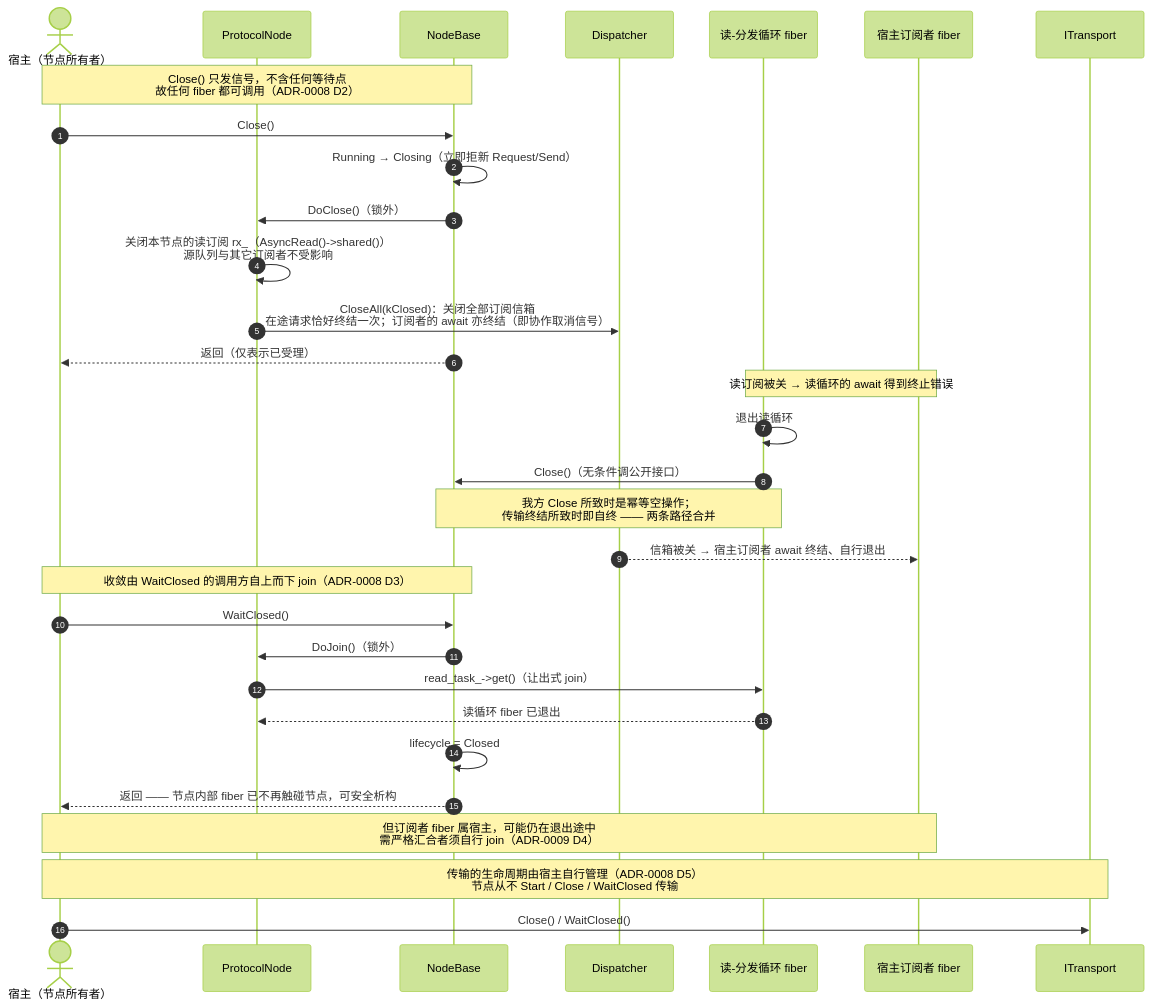
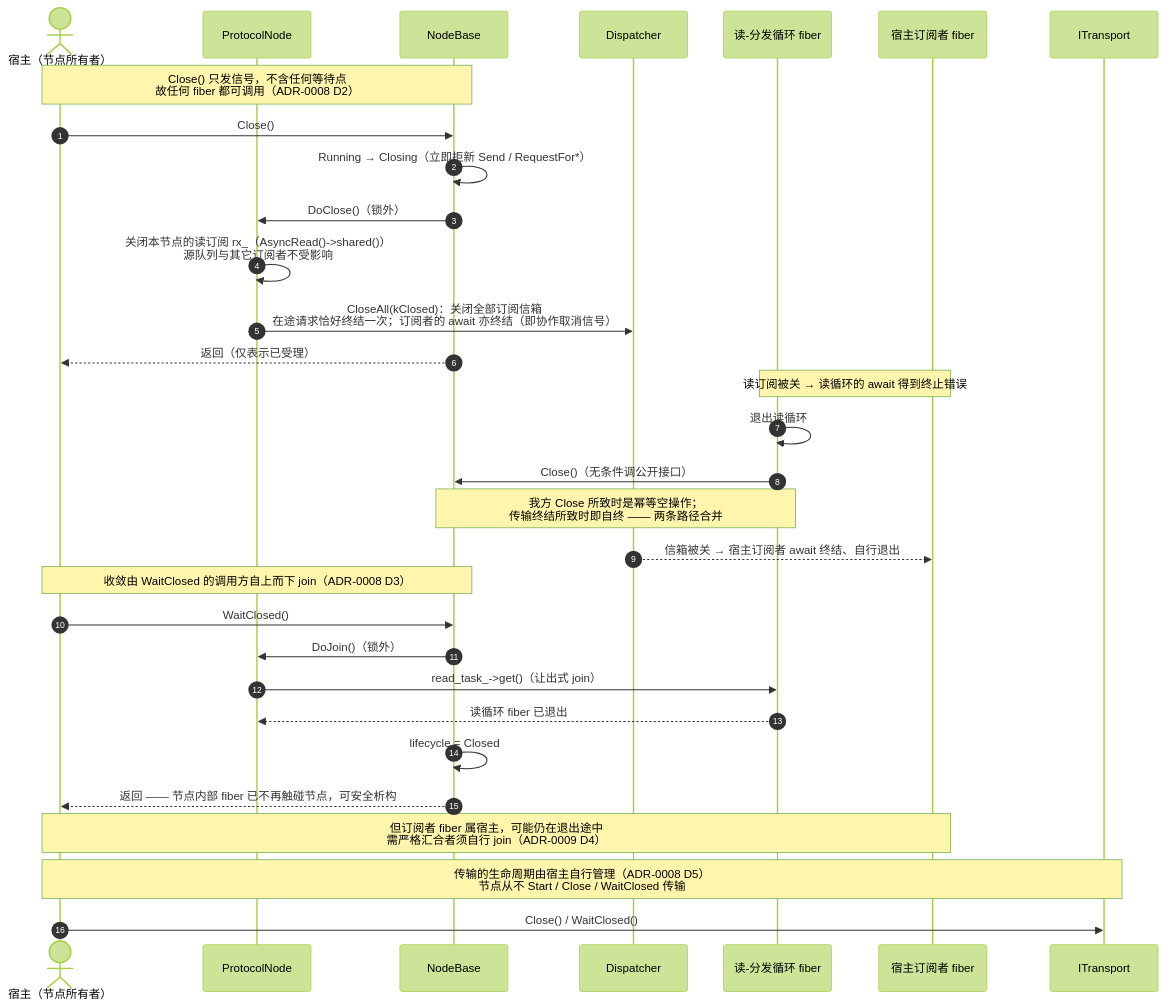
The diagram in docs/diagrams/seq-close.mmd (Ste7an-cs/Transport), drawn with Mermaid (forest theme) before and after one commit. The commit also changed 18 other files, not shown here.

First line of the commit message:
docs(sdd): 全量复核余下九张图,修正八张的过时描述并补编译面标注

```diff
--- a/docs/diagrams/seq-close.mmd
+++ b/docs/diagrams/seq-close.mmd
@@ -1,35 +1,35 @@
 sequenceDiagram
     autonumber
     actor X as 宿主（节点所有者）
     participant N as ProtocolNode
     participant B as NodeBase
     participant D as Dispatcher
     participant RL as 读-分发循环 fiber
     participant SUB as 宿主订阅者 fiber
     participant T as ITransport
 
     Note over X,B: Close() 只发信号，不含任何等待点<br/>故任何 fiber 都可调用（ADR-0008 D2）
     X->>B: Close()
-    B->>B: Running → Closing（立即拒新 Request/Send）
+    B->>B: Running → Closing（立即拒新 Send / RequestFor*）
     B->>N: DoClose()（锁外）
     N->>N: 关闭本节点的读订阅 rx_（AsyncRead()->shared()）<br/>源队列与其它订阅者不受影响
     N->>D: CloseAll(kClosed)：关闭全部订阅信箱<br/>在途请求恰好终结一次；订阅者的 await 亦终结（即协作取消信号）
     B-->>X: 返回（仅表示已受理）
 
     Note over RL,SUB: 读订阅被关 → 读循环的 await 得到终止错误
     RL->>RL: 退出读循环
     RL->>B: Close()（无条件调公开接口）
     Note over RL,B: 我方 Close 所致时是幂等空操作；<br/>传输终结所致时即自终 —— 两条路径合并
     D-->>SUB: 信箱被关 → 宿主订阅者 await 终结、自行退出
 
     Note over X,B: 收敛由 WaitClosed 的调用方自上而下 join（ADR-0008 D3）
     X->>B: WaitClosed()
     B->>N: DoJoin()（锁外）
     N->>RL: read_task_->get()（让出式 join）
     RL-->>N: 读循环 fiber 已退出
     B->>B: lifecycle = Closed
     B-->>X: 返回 —— 节点内部 fiber 已不再触碰节点，可安全析构
     Note over X,SUB: 但订阅者 fiber 属宿主，可能仍在退出途中<br/>需严格汇合者须自行 join（ADR-0009 D4）
 
     Note over X,T: 传输的生命周期由宿主自行管理（ADR-0008 D5）<br/>节点从不 Start / Close / WaitClosed 传输
     X->>T: Close() / WaitClosed()
```
